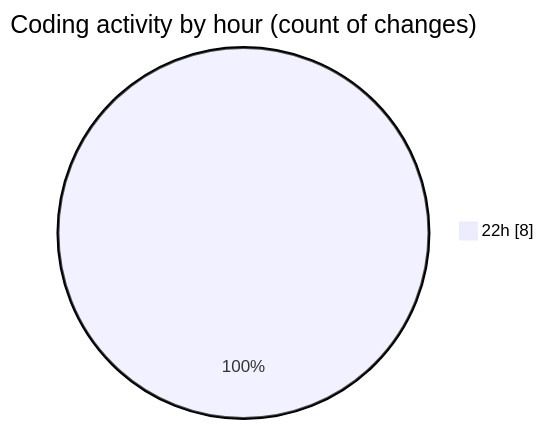
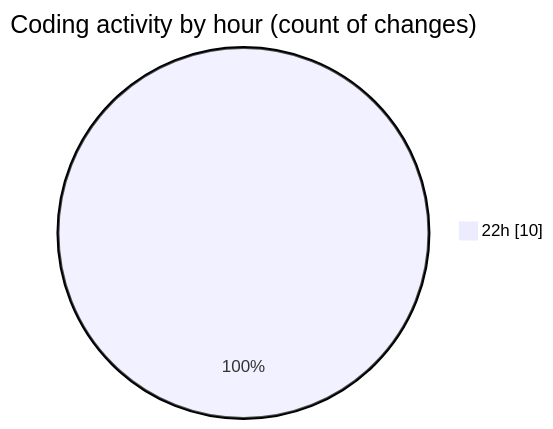
The second of 2 diagrams in 2026-05-08/project/README.md (Unknowalive/code-tracking), drawn with Mermaid before and after one commit. The commit also changed other lines of this file and 1 other file, not shown here.

````diff
--- a/2026-05-08/project/README.md
+++ b/2026-05-08/project/README.md
@@ -40,5 +40,5 @@
 ```mermaid
 pie showData
 title Coding activity by hour (count of changes)
-"22h" : 8
+"22h" : 10
 ```
````
